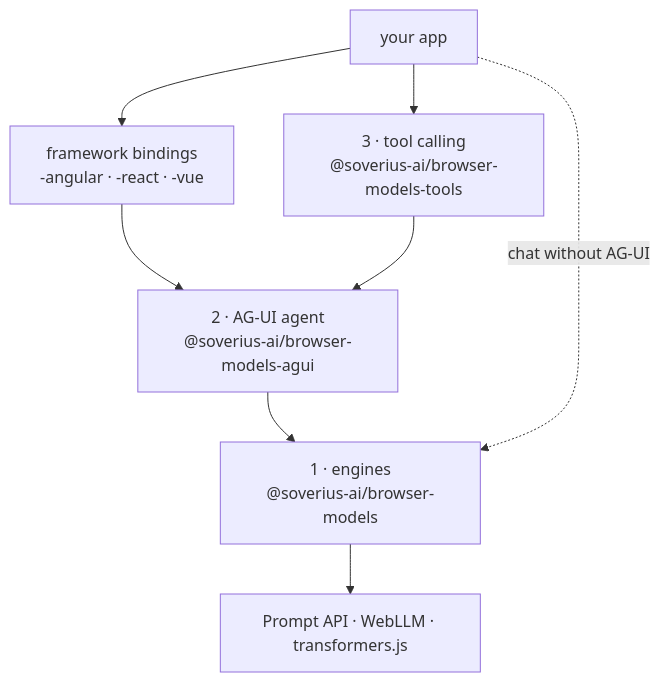
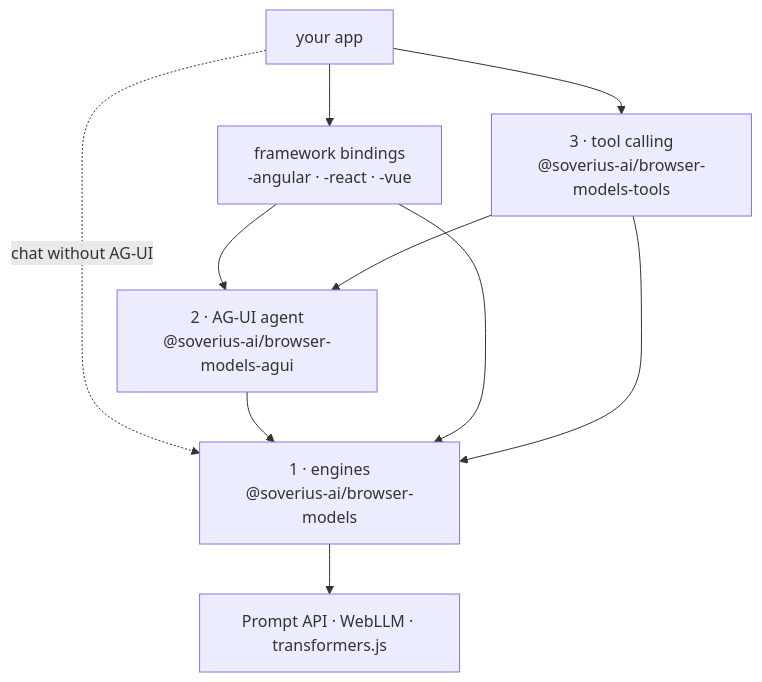
The diagram in apps/docs/docs/intro.md (Soverius-AI/browser-models), drawn with Mermaid before and after one commit. The commit also changed other lines of this file and 114 other files, not shown here.

````diff
--- a/apps/docs/docs/intro.md
+++ b/apps/docs/docs/intro.md
@@ -10,12 +10,18 @@
 ```mermaid
 flowchart TB
   app["your app"]
   fw["framework bindings<br/>-angular · -react · -vue"]
   tools["3 · tool calling<br/>@soverius-ai/browser-models-tools"]
   agui["2 · AG-UI agent<br/>@soverius-ai/browser-models-agui"]
   core["1 · engines<br/>@soverius-ai/browser-models"]
   libs["Prompt API · WebLLM · transformers.js"]
-  app --> fw --> agui
-  app --> tools --> agui --> core --> libs
+  app --> fw
+  app --> tools
   app -.->|chat without AG-UI| core
+  fw --> agui
+  tools --> agui
+  agui --> core
+  fw --> core
+  tools --> core
+  core --> libs
 ```
````
